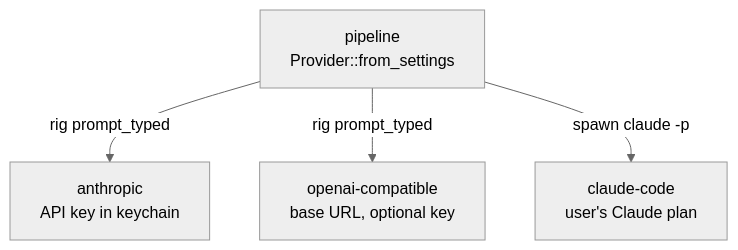
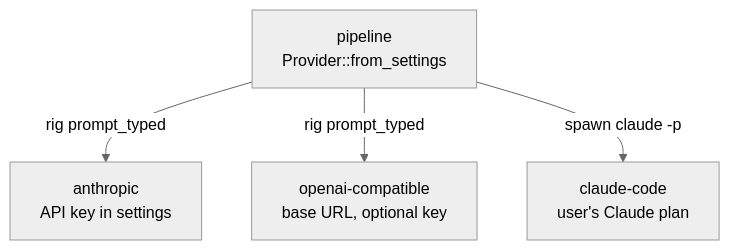
Before and after one commit to kujjwal02/meeting-capture: the second of 3 diagrams in docs/07-llm-extraction.md, drawn with Mermaid (neutral theme). The commit also changed other lines of this file and 17 other files, not shown here.

First line of the commit message:
Keep secrets in the settings file instead of the OS keychain

````diff
--- a/docs/07-llm-extraction.md
+++ b/docs/07-llm-extraction.md
@@ -79,7 +79,7 @@
 ```mermaid
 flowchart TB
     PIPE["pipeline<br/>Provider::from_settings"]
-    PIPE -->|rig prompt_typed| ANT["anthropic<br/>API key in keychain"]
+    PIPE -->|rig prompt_typed| ANT["anthropic<br/>API key in settings"]
     PIPE -->|rig prompt_typed| OAI["openai-compatible<br/>base URL, optional key"]
     PIPE -->|spawn claude -p| CC["claude-code<br/>user's Claude plan"]
 ```
````
